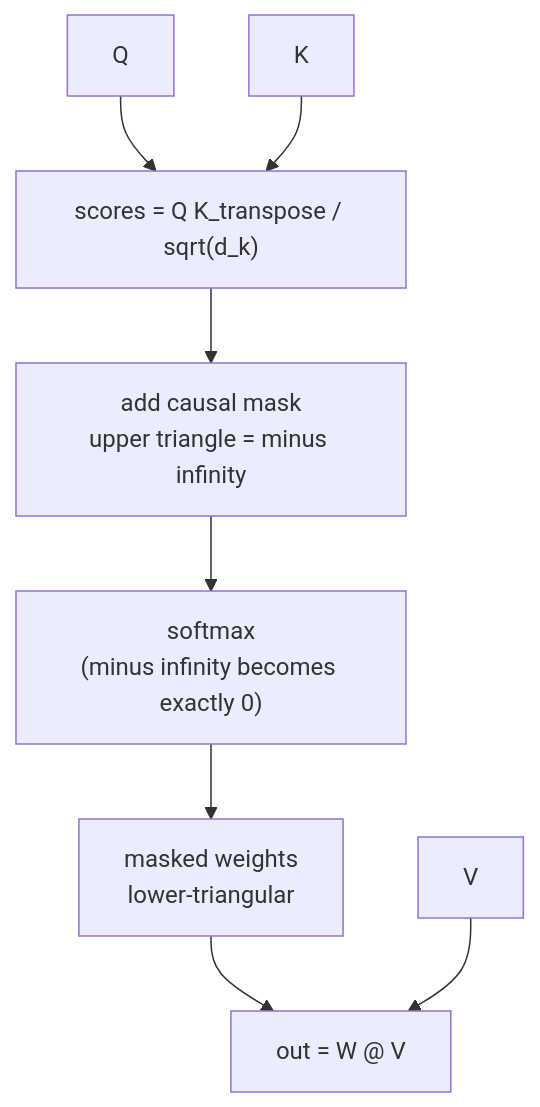
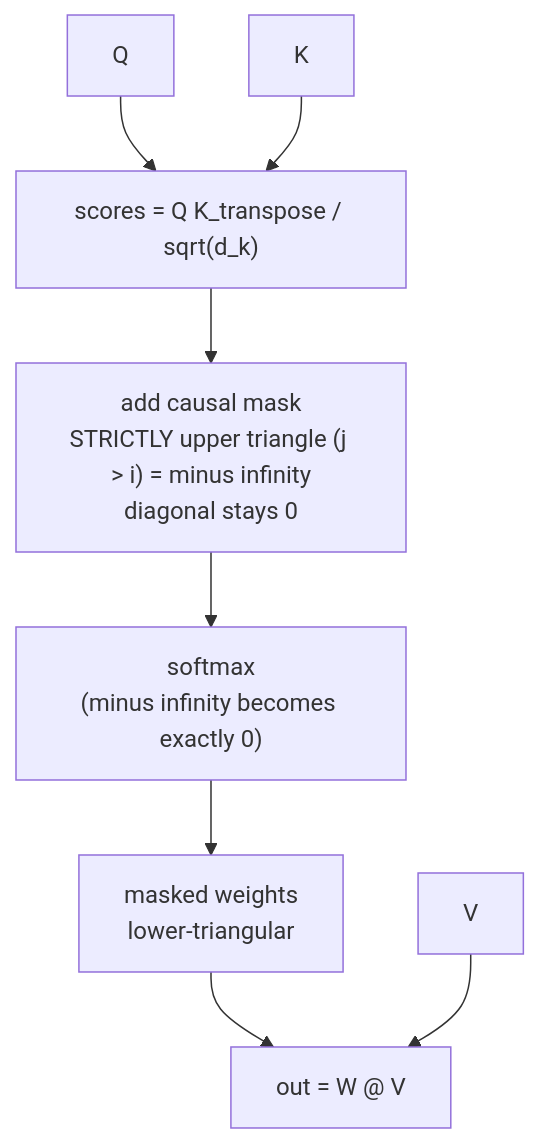
One commit to alliedbrother/ml-interview-notes changed the third of 6 diagrams in content/courses/transformers/08-encoder-decoder-masking.md. Above: the diagram before and after it, drawn with Mermaid. The commit also changed 7 other files, not shown here.

````diff
--- a/content/courses/transformers/08-encoder-decoder-masking.md
+++ b/content/courses/transformers/08-encoder-decoder-masking.md
@@ -178,10 +178,10 @@
 ```mermaid
 flowchart TD
     Q["Q"] --> S["scores = Q K_transpose / sqrt(d_k)"]
     K["K"] --> S
-    S --> M["add causal mask<br/>upper triangle = minus infinity"]
+    S --> M["add causal mask<br/>STRICTLY upper triangle (j > i) = minus infinity<br/>diagonal stays 0"]
     M --> SM["softmax<br/>(minus infinity becomes exactly 0)"]
     SM --> W["masked weights<br/>lower-triangular"]
     W --> O["out = W @ V"]
     V["V"] --> O
 ```
````
